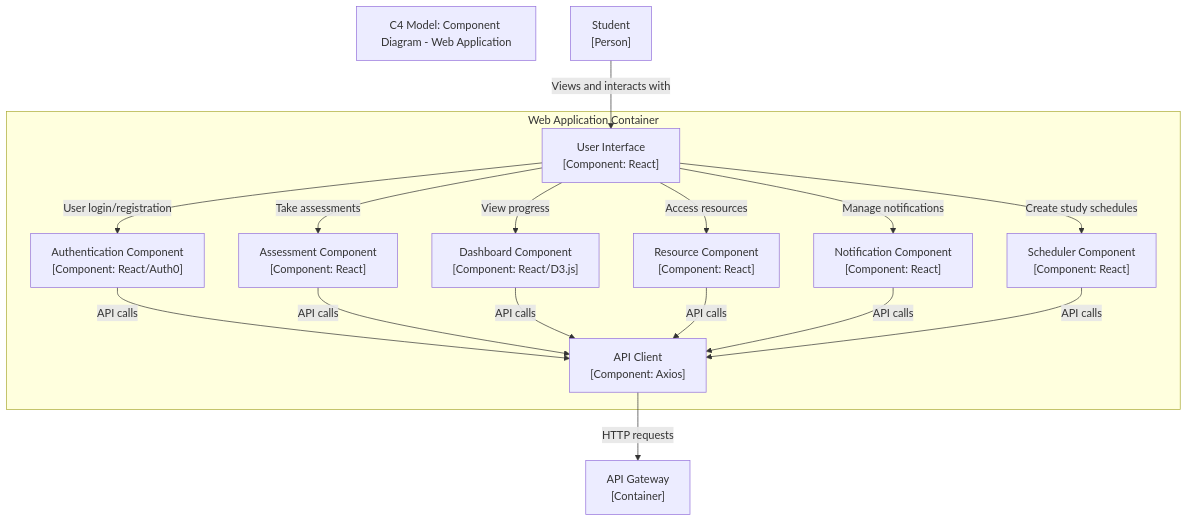
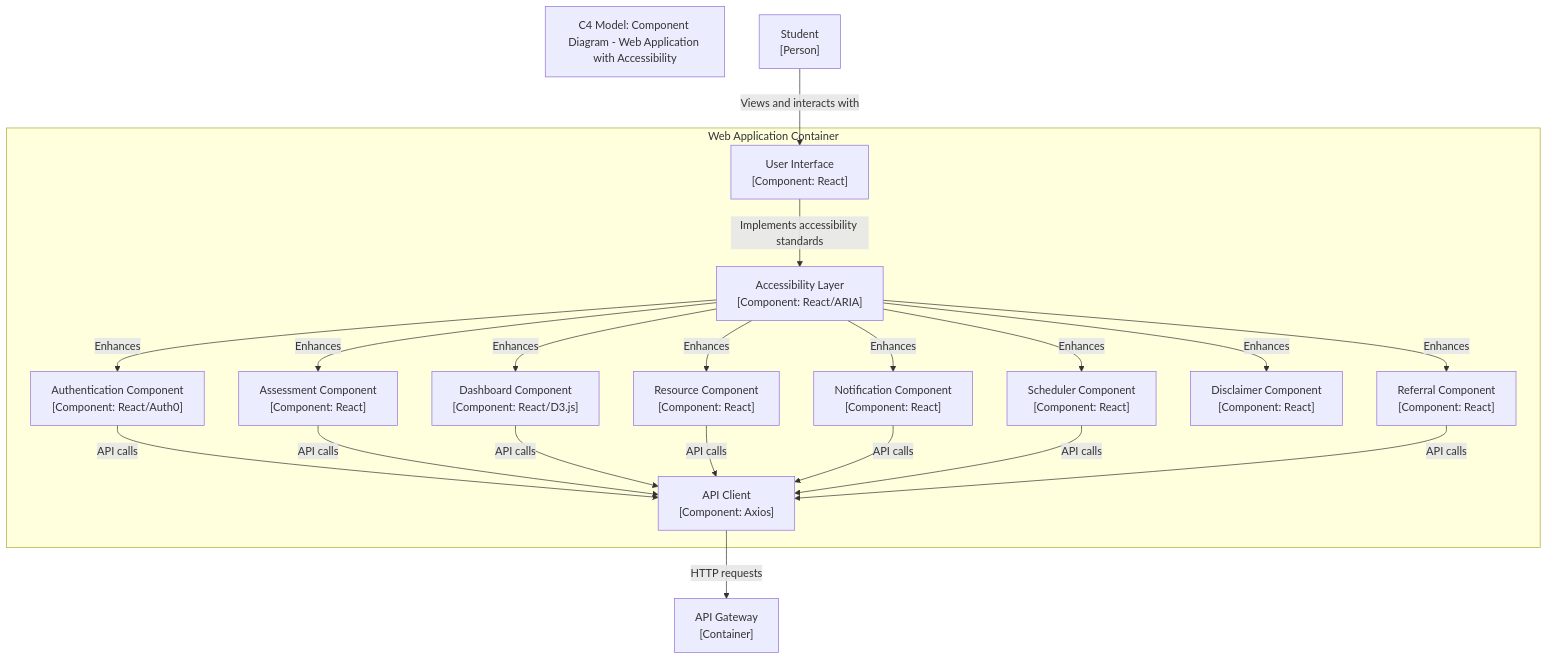
Before and after one commit to ZiyandaPetela/Student_Mental_Wellness_Academic_Support_System: the third of 4 diagrams in ARCHITECTURE.md, drawn with Mermaid. The commit also changed other lines of this file, not shown here.

````diff
--- a/ARCHITECTURE.md
+++ b/ARCHITECTURE.md
@@ -255,37 +266,44 @@
 ```mermaid
 graph TD
-    title[C4 Model: Component Diagram - Web Application]
+    title[C4 Model: Component Diagram - Web Application with Accessibility]
     
     Student["Student\n[Person]"]
     
     subgraph "Web Application Container"
         UserInterface["User Interface\n[Component: React]"]
         AuthComponent["Authentication Component\n[Component: React/Auth0]"]
         AssessmentComponent["Assessment Component\n[Component: React]"]
         DashboardComponent["Dashboard Component\n[Component: React/D3.js]"]
         ResourceComponent["Resource Component\n[Component: React]"]
         NotificationComponent["Notification Component\n[Component: React]"]
         SchedulerComponent["Scheduler Component\n[Component: React]"]
+        AccessibilityLayer["Accessibility Layer\n[Component: React/ARIA]"]
         APIClient["API Client\n[Component: Axios]"]
+        DisclaimerComponent["Disclaimer Component\n[Component: React]"]
+        ReferralComponent["Referral Component\n[Component: React]"]
     end
     
     APIGateway["API Gateway\n[Container]"]
     
     Student -->|Views and interacts with| UserInterface
     
-    UserInterface -->|User login/registration| AuthComponent
-    UserInterface -->|Take assessments| AssessmentComponent
-    UserInterface -->|View progress| DashboardComponent
-    UserInterface -->|Access resources| ResourceComponent
-    UserInterface -->|Manage notifications| NotificationComponent
-    UserInterface -->|Create study schedules| SchedulerComponent
+    UserInterface -->|Implements accessibility standards| AccessibilityLayer
+    AccessibilityLayer -->|Enhances| AuthComponent
+    AccessibilityLayer -->|Enhances| AssessmentComponent
+    AccessibilityLayer -->|Enhances| DashboardComponent
+    AccessibilityLayer -->|Enhances| ResourceComponent
+    AccessibilityLayer -->|Enhances| NotificationComponent
+    AccessibilityLayer -->|Enhances| SchedulerComponent
+    AccessibilityLayer -->|Enhances| DisclaimerComponent
+    AccessibilityLayer -->|Enhances| ReferralComponent
     
     AuthComponent -->|API calls| APIClient
     AssessmentComponent -->|API calls| APIClient
     DashboardComponent -->|API calls| APIClient
     ResourceComponent -->|API calls| APIClient
     NotificationComponent -->|API calls| APIClient
     SchedulerComponent -->|API calls| APIClient
+    ReferralComponent -->|API calls| APIClient
     
     APIClient -->|HTTP requests| APIGateway
 ```
````
